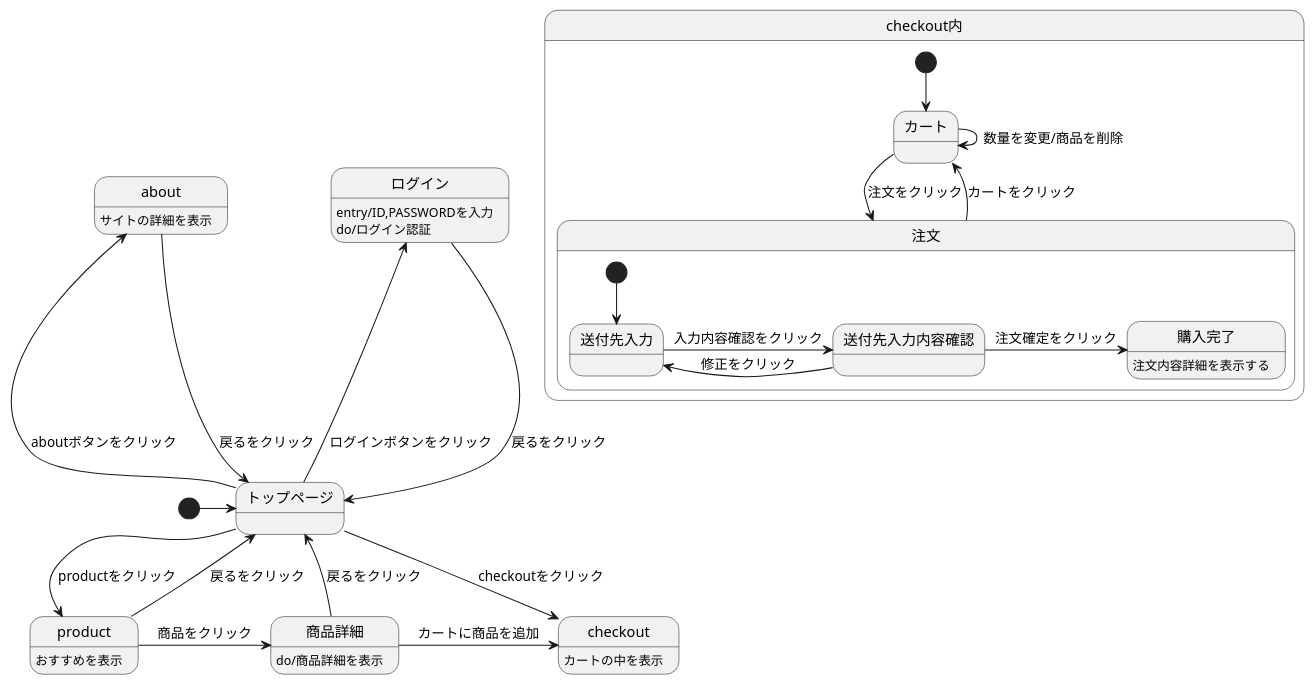
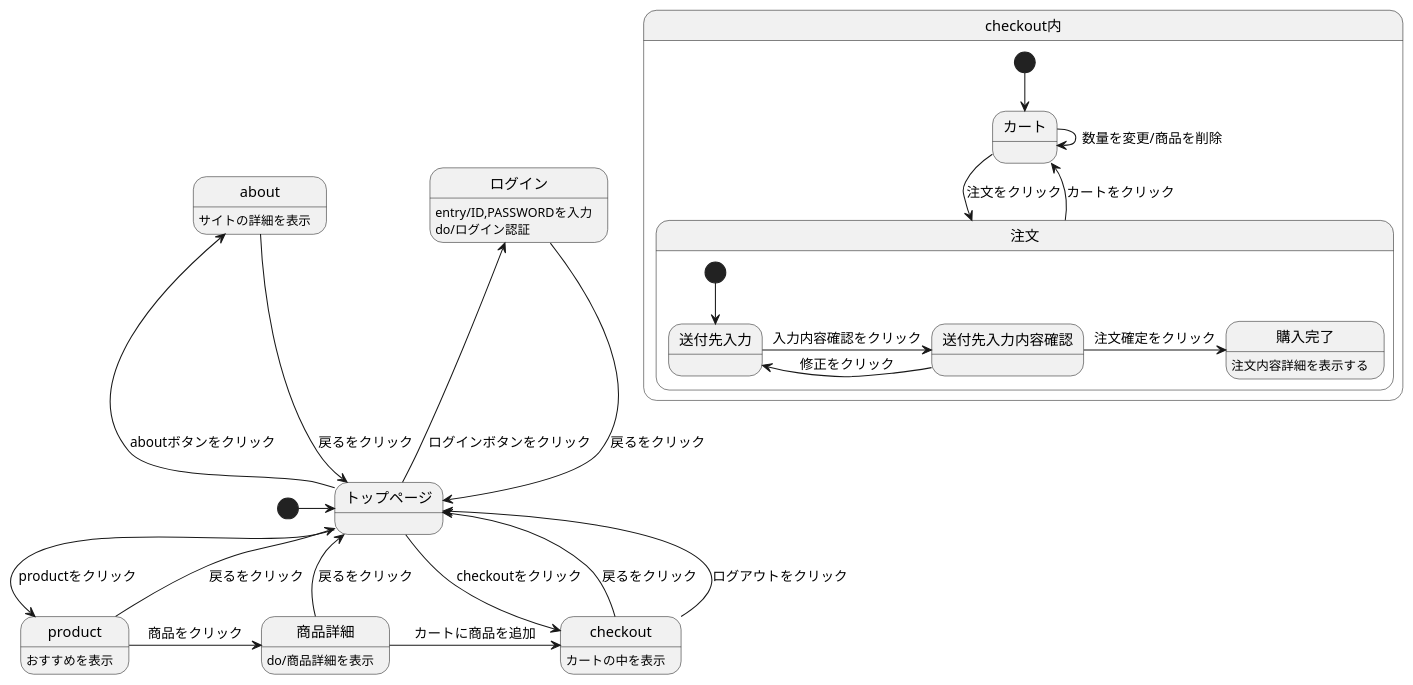
Before and after one commit to Aso2101121/2021sys-design-2: the diagram in modan.stw.md, drawn with PlantUML.

````diff
--- a/modan.stw.md
+++ b/modan.stw.md
@@ -1,36 +1,38 @@
 ```uml
 @startuml
 [*] -> トップページ
 トップページ -left-> ログイン : ログインボタンをクリック
 ログイン : entry/ID,PASSWORDを入力
 ログイン : do/ログイン認証
 ログイン --> トップページ : 戻るをクリック
 トップページ -left-> about : aboutボタンをクリック
 about : サイトの詳細を表示
 about --> トップページ : 戻るをクリック
 トップページ -> checkout : checkoutをクリック
 checkout : カートの中を表示
+checkout -up-> トップページ : 戻るをクリック
+checkout -up-> トップページ : ログアウトをクリック
 トップページ -> product : productをクリック
 product : おすすめを表示
 product --> トップページ : 戻るをクリック
 product -> 商品詳細 : 商品をクリック
 商品詳細 : do/商品詳細を表示
 商品詳細 -> checkout : カートに商品を追加
 商品詳細 --> トップページ : 戻るをクリック
 
 
 state checkout内 {
  [*] --> カート
  カート -> 注文 : 注文をクリック
  カート -> カート : 数量を変更/商品を削除
  注文 --> カート : カートをクリック
  state 注文 {
   [*] --> 送付先入力
   送付先入力 -> 送付先入力内容確認 : 入力内容確認をクリック
   送付先入力内容確認 -> 送付先入力 : 修正をクリック
   送付先入力内容確認 -> 購入完了 : 注文確定をクリック 
   購入完了 : 注文内容詳細を表示する
  }
 }
 @enduml
 ```
````
